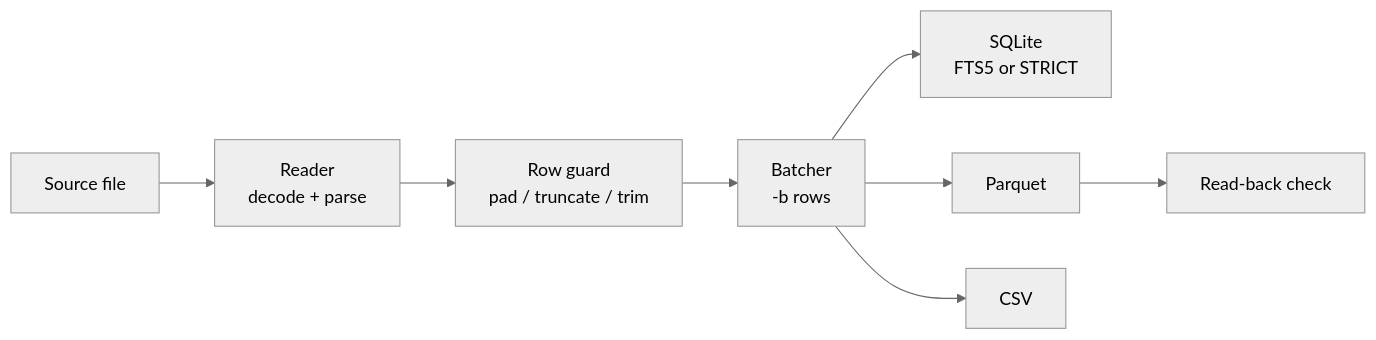
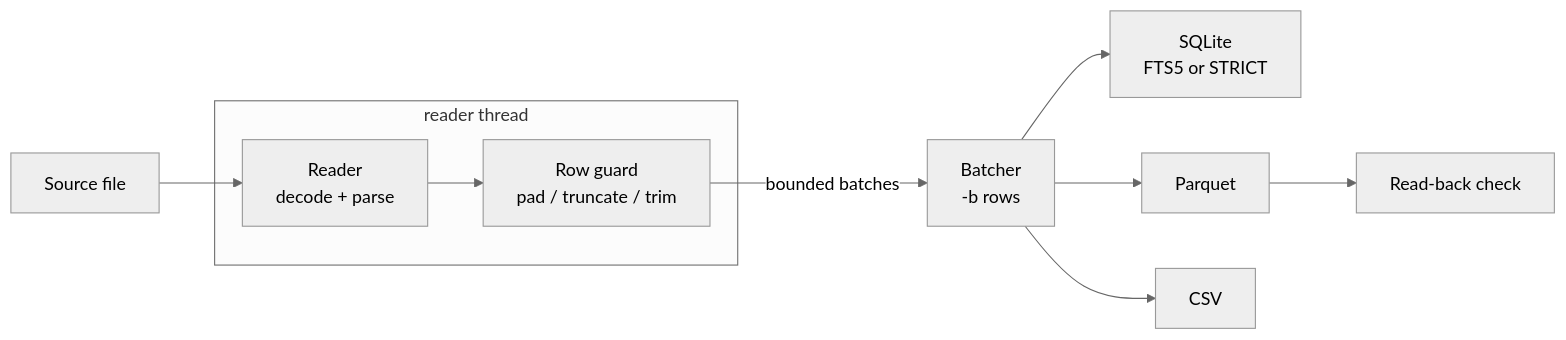
The diagram in README.md (DroBov1Tya/DBMorph), drawn with Mermaid (neutral theme) before and after one commit. The commit also changed other lines of this file and 17 other files, not shown here.

````diff
--- a/README.md
+++ b/README.md
@@ -331,10 +331,12 @@
 ```mermaid
 flowchart LR
-    A["Source file"] --> B["Reader<br/>decode + parse"]
-    B --> C["Row guard<br/>pad / truncate / trim"]
-    C --> D["Batcher<br/>-b rows"]
+    subgraph T1 ["reader thread"]
+        B["Reader<br/>decode + parse"] --> C["Row guard<br/>pad / truncate / trim"]
+    end
+    A["Source file"] --> B
+    C -- "bounded batches" --> D["Batcher<br/>-b rows"]
     D --> E1["SQLite<br/>FTS5 or STRICT"]
     D --> E2["Parquet"]
     D --> E3["CSV"]
     E2 --> V["Read-back check"]
 ```
````
